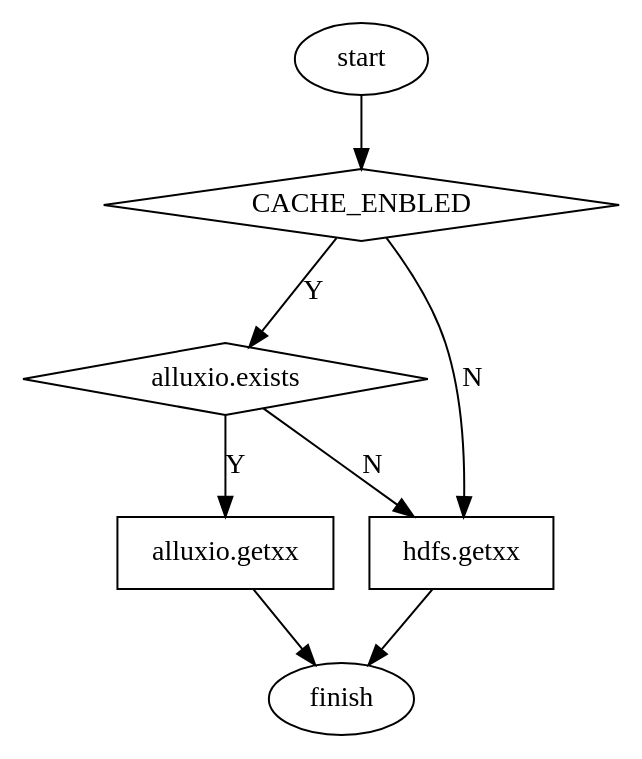
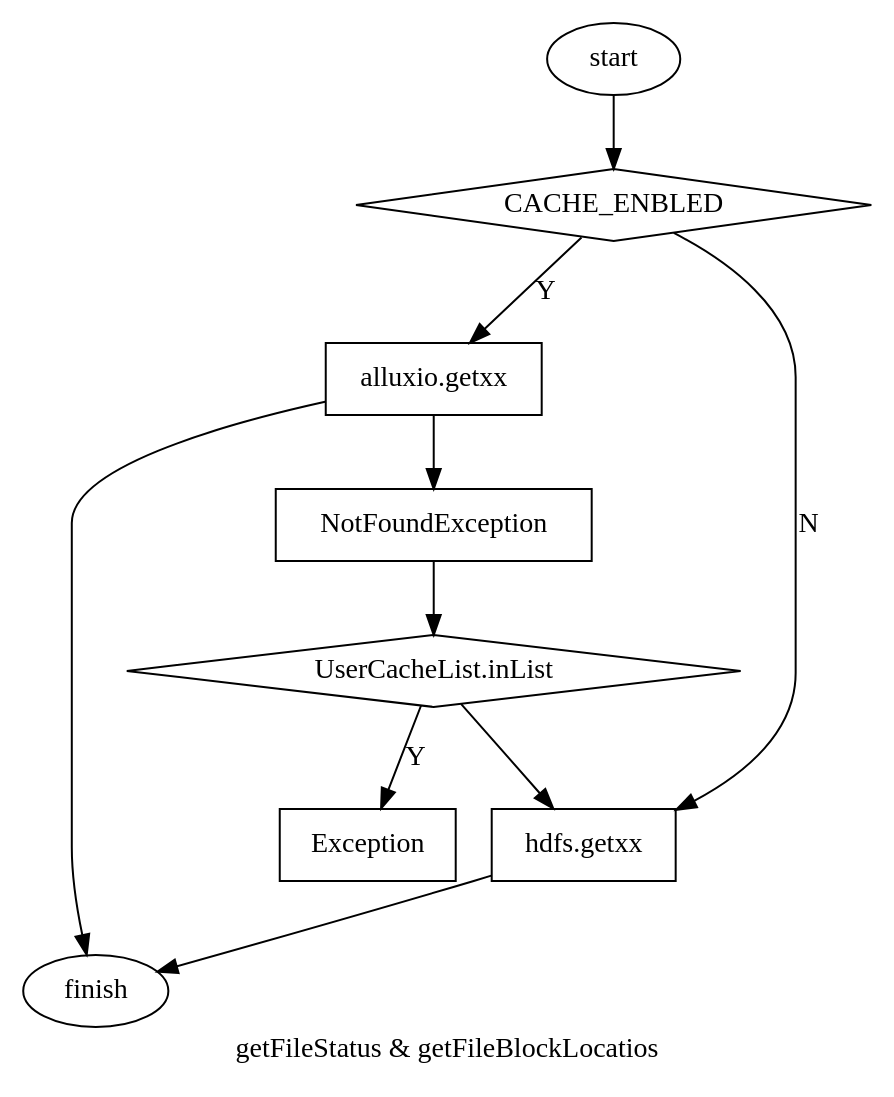
Before and after one commit to Jason0812/doc: the diagram in alluxio/flow/get.dot, drawn with Graphviz. The commit also changed 20 other files, not shown here.

```diff
--- a/alluxio/flow/get.dot
+++ b/alluxio/flow/get.dot
@@ -1,16 +1,20 @@
 digraph get{
+	label = "getFileStatus & getFileBlockLocatios"
 	CACHE_ENBLED[shape=diamond];
 	start[shape=ellipse];
-	isExistInAlluxio[shape=diamond, label="alluxio.exists"];
 	finish[shape=ellipse];
 	aGetFinished[shape = box, label = "alluxio.getxx"];
 	hGet[shape = box, label = "hdfs.getxx"];
-
+	inList[shape = diamond, label = "UserCacheList.inList"];
+	NotFoundException[shape = box, label = "NotFoundException"];
+	Exception[shape = box, label = "Exception"];
 	start ->CACHE_ENBLED;
 	CACHE_ENBLED -> hGet[label = "N"];
-	CACHE_ENBLED -> isExistInAlluxio[label = "Y"];
-	isExistInAlluxio -> hGet[label = "N"];
-	isExistInAlluxio -> aGetFinished[label = "Y"];
+	CACHE_ENBLED -> aGetFinished[label = "Y"];
+	aGetFinished -> NotFoundException;
+	NotFoundException -> inList;
+	inList -> Exception[label = "Y"];
+	inList -> hGet;
 	aGetFinished -> finish;
 	hGet -> finish;
 }
```
